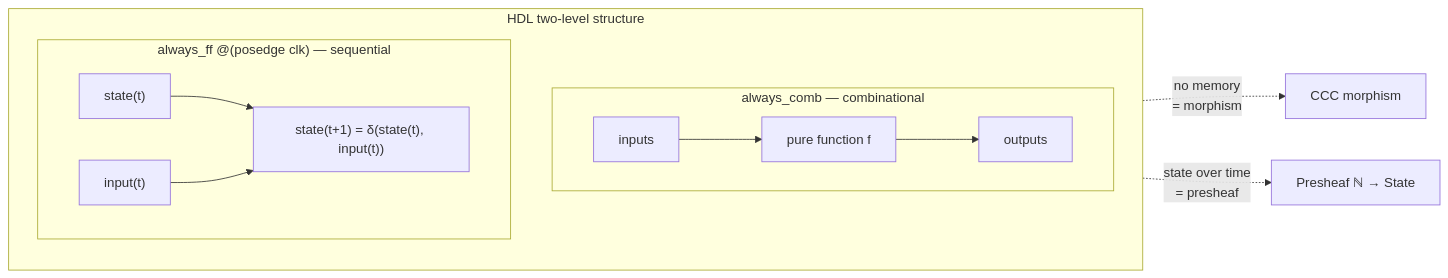
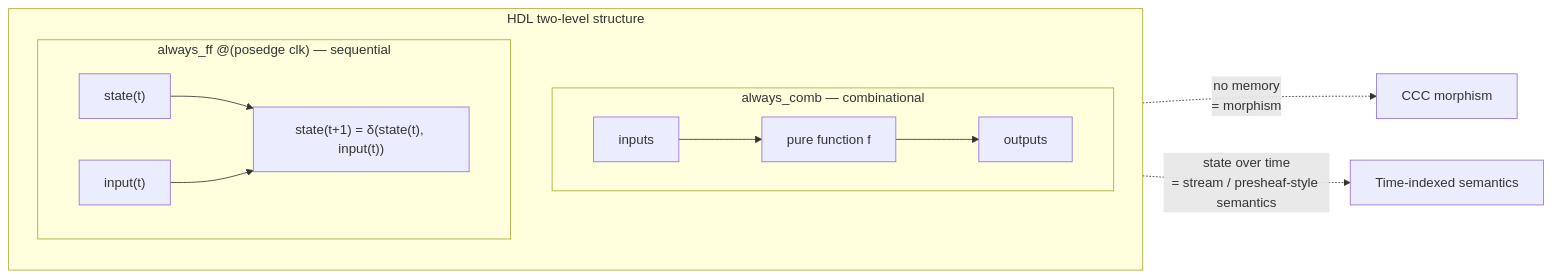
Before and after one commit to dfdgsdfg/ann-rtl-lean-poc: diagram 21 of 24 in docs/hardware-mathematics.md, drawn with Mermaid. The commit also changed other lines of this file and 7 other files, not shown here.

````diff
--- a/docs/hardware-mathematics.md
+++ b/docs/hardware-mathematics.md
@@ -1507,19 +1507,19 @@
 ```mermaid
 graph LR
     subgraph "HDL two-level structure"
         direction TB
         subgraph comb["always_comb — combinational"]
             COMB_IN["inputs"] --> COMB_F["pure function f"] --> COMB_OUT["outputs"]
         end
         subgraph seq["always_ff @(posedge clk) — sequential"]
             SEQ_STATE["state(t)"]
             SEQ_IN["input(t)"]
             SEQ_NEXT["state(t+1) = δ(state(t), input(t))"]
             SEQ_STATE --> SEQ_NEXT
             SEQ_IN --> SEQ_NEXT
         end
     end
 
     comb -.->|"no memory<br/>= morphism"| CAT1["CCC morphism"]
-    seq -.->|"state over time<br/>= presheaf"| CAT2["Presheaf ℕ → State"]
+    seq -.->|"state over time<br/>= stream / presheaf-style semantics"| CAT2["Time-indexed semantics"]
 ```
````
